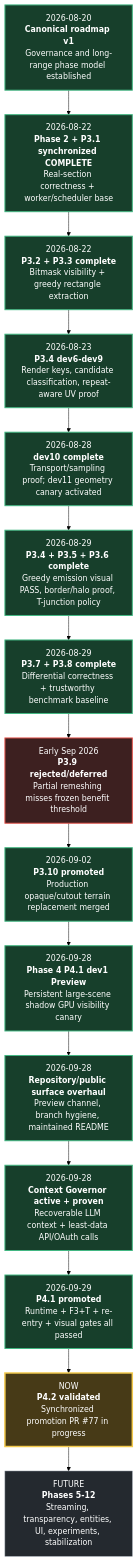
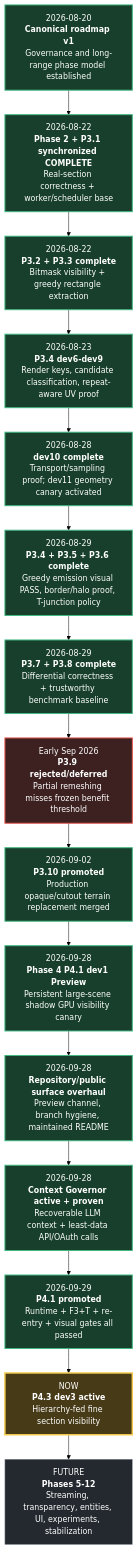
One commit to TrissTheBoss/Obsidian changed the second of 3 diagrams in TIMELINE.md. Above: the diagram before and after it, drawn with Mermaid (forest theme). The commit also changed other lines of this file, not shown here.

Commit message:
[no-release] Activate Phase 4 P4.3 dev3

````diff
--- a/TIMELINE.md
+++ b/TIMELINE.md
@@ -55,30 +55,30 @@
 ```mermaid
 flowchart TD
     A["2026-08-20<br/><b>Canonical roadmap v1</b><br/>Governance and long-range phase model established"]
     B["2026-08-22<br/><b>Phase 2 + P3.1 synchronized COMPLETE</b><br/>Real-section correctness + worker/scheduler base"]
     C["2026-08-22<br/><b>P3.2 + P3.3 complete</b><br/>Bitmask visibility + greedy rectangle extraction"]
     D["2026-08-23<br/><b>P3.4 dev6-dev9</b><br/>Render keys, candidate classification, repeat-aware UV proof"]
     E["2026-08-28<br/><b>dev10 complete</b><br/>Transport/sampling proof; dev11 geometry canary activated"]
     F["2026-08-29<br/><b>P3.4 + P3.5 + P3.6 complete</b><br/>Greedy emission visual PASS, border/halo proof, T-junction policy"]
     G["2026-08-29<br/><b>P3.7 + P3.8 complete</b><br/>Differential correctness + trustworthy benchmark baseline"]
     H["Early Sep 2026<br/><b>P3.9 rejected/deferred</b><br/>Partial remeshing misses frozen benefit threshold"]
     I["2026-09-02<br/><b>P3.10 promoted</b><br/>Production opaque/cutout terrain replacement merged"]
     J["2026-09-28<br/><b>Phase 4 P4.1 dev1 Preview</b><br/>Persistent large-scene shadow GPU visibility canary"]
     K["2026-09-28<br/><b>Repository/public surface overhaul</b><br/>Preview channel, branch hygiene, maintained README"]
     L["2026-09-28<br/><b>Context Governor active + proven</b><br/>Recoverable LLM context + least-data API/OAuth calls"]
     M["2026-09-29<br/><b>P4.1 promoted</b><br/>Runtime + F3+T + re-entry + visual gates all passed"]
-    N["NOW<br/><b>P4.2 validated</b><br/>Synchronized promotion PR #77 in progress"]
+    N["NOW<br/><b>P4.3 dev3 active</b><br/>Hierarchy-fed fine section visibility"]
     O["FUTURE<br/><b>Phases 5-12</b><br/>Streaming, transparency, entities, UI, experiments, stabilization"]
 
     A --> B --> C --> D --> E --> F --> G --> H --> I --> J --> K --> L --> M --> N --> O
 
     classDef done fill:#173f2b,stroke:#42b883,color:#ffffff,stroke-width:2px;
     classDef rejected fill:#3d2020,stroke:#e5534b,color:#ffffff,stroke-width:2px;
     classDef active fill:#473a17,stroke:#f2c94c,color:#ffffff,stroke-width:3px;
     classDef future fill:#24292f,stroke:#8c959f,color:#ffffff,stroke-width:1px;
 
     class A,B,C,D,E,F,G,I,J,K,L,M done;
     class H rejected;
     class N active;
     class O future;
 ```
````
